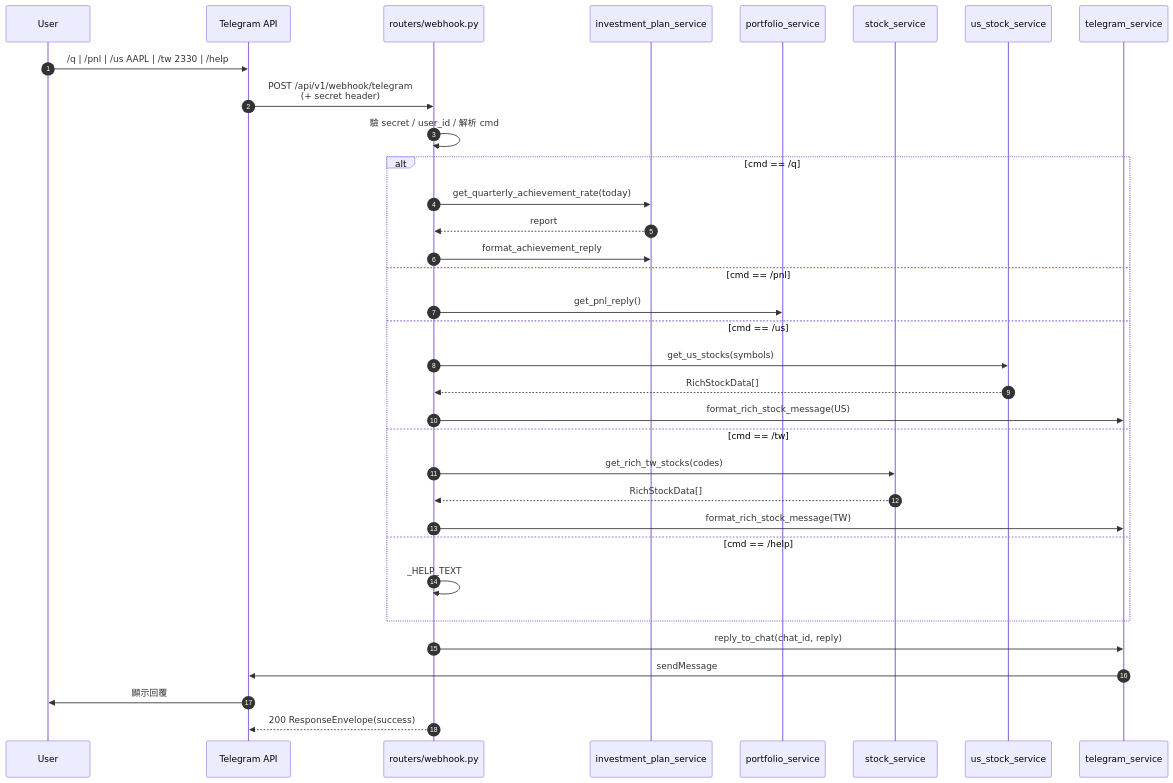
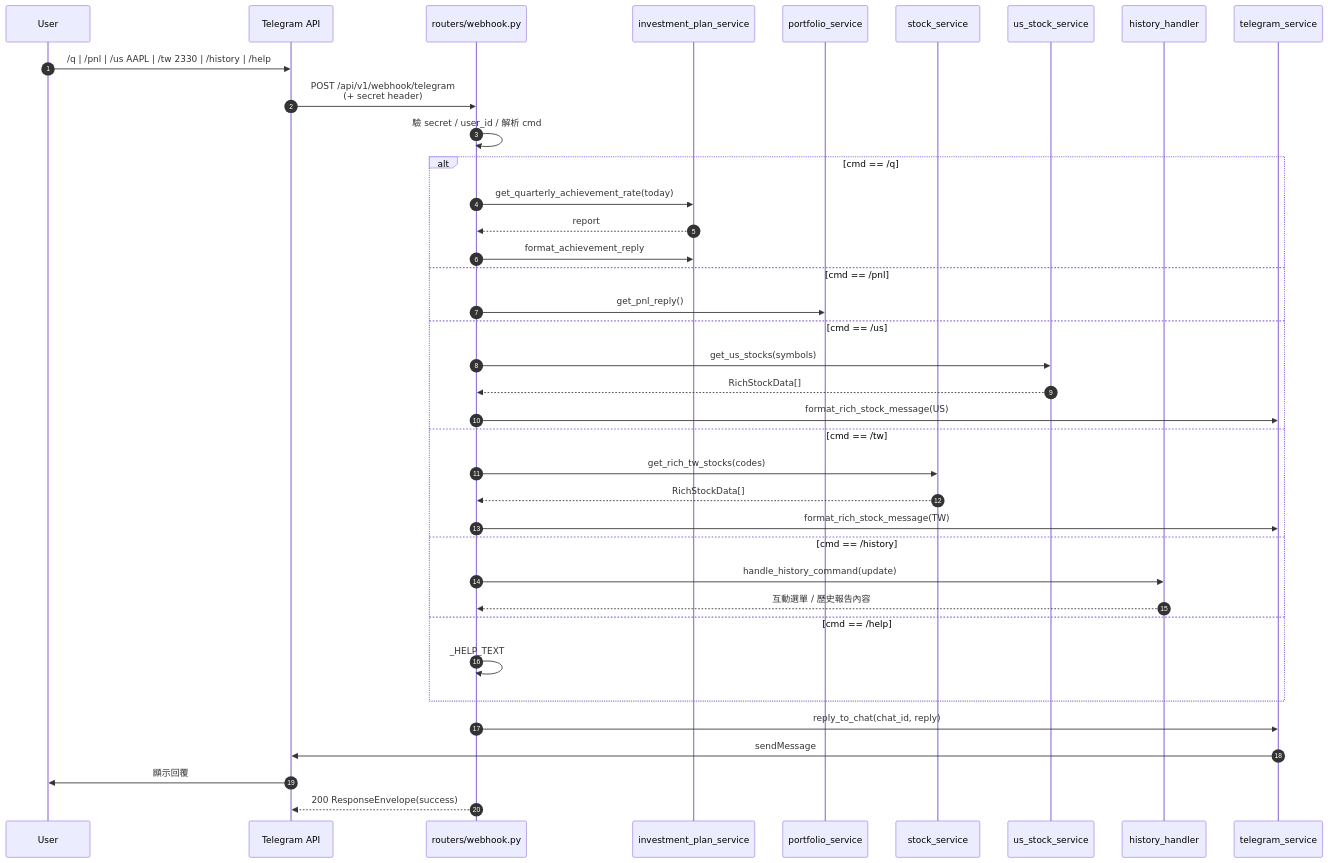
One commit to Josephmtsai/fastApiStock changed the fourth of 7 diagrams in docs/architecture.md. Above: the diagram before and after it, drawn with Mermaid. The commit also changed other lines of this file, not shown here.

````diff
--- a/docs/architecture.md
+++ b/docs/architecture.md
@@ -234,37 +249,41 @@
 ```mermaid
 sequenceDiagram
     autonumber
     participant User
     participant TG as Telegram API
     participant WH as routers/webhook.py
     participant QSvc as investment_plan_service
     participant PSvc as portfolio_service
     participant SSvc as stock_service
     participant USvc as us_stock_service
+    participant HSvc as history_handler
     participant TSvc as telegram_service
 
-    User->>TG: /q | /pnl | /us AAPL | /tw 2330 | /help
+    User->>TG: /q | /pnl | /us AAPL | /tw 2330 | /history | /help
     TG->>WH: POST /api/v1/webhook/telegram<br/>(+ secret header)
     WH->>WH: 驗 secret / user_id / 解析 cmd
     alt cmd == /q
         WH->>QSvc: get_quarterly_achievement_rate(today)
         QSvc-->>WH: report
         WH->>QSvc: format_achievement_reply
     else cmd == /pnl
         WH->>PSvc: get_pnl_reply()
     else cmd == /us
         WH->>USvc: get_us_stocks(symbols)
         USvc-->>WH: RichStockData[]
         WH->>TSvc: format_rich_stock_message(US)
     else cmd == /tw
         WH->>SSvc: get_rich_tw_stocks(codes)
         SSvc-->>WH: RichStockData[]
         WH->>TSvc: format_rich_stock_message(TW)
+    else cmd == /history
+        WH->>HSvc: handle_history_command(update)
+        HSvc-->>WH: 互動選單 / 歷史報告內容
     else cmd == /help
         WH->>WH: _HELP_TEXT
     end
     WH->>TSvc: reply_to_chat(chat_id, reply)
     TSvc->>TG: sendMessage
     TG->>User: 顯示回覆
     WH-->>TG: 200 ResponseEnvelope(success)
 ```
````
